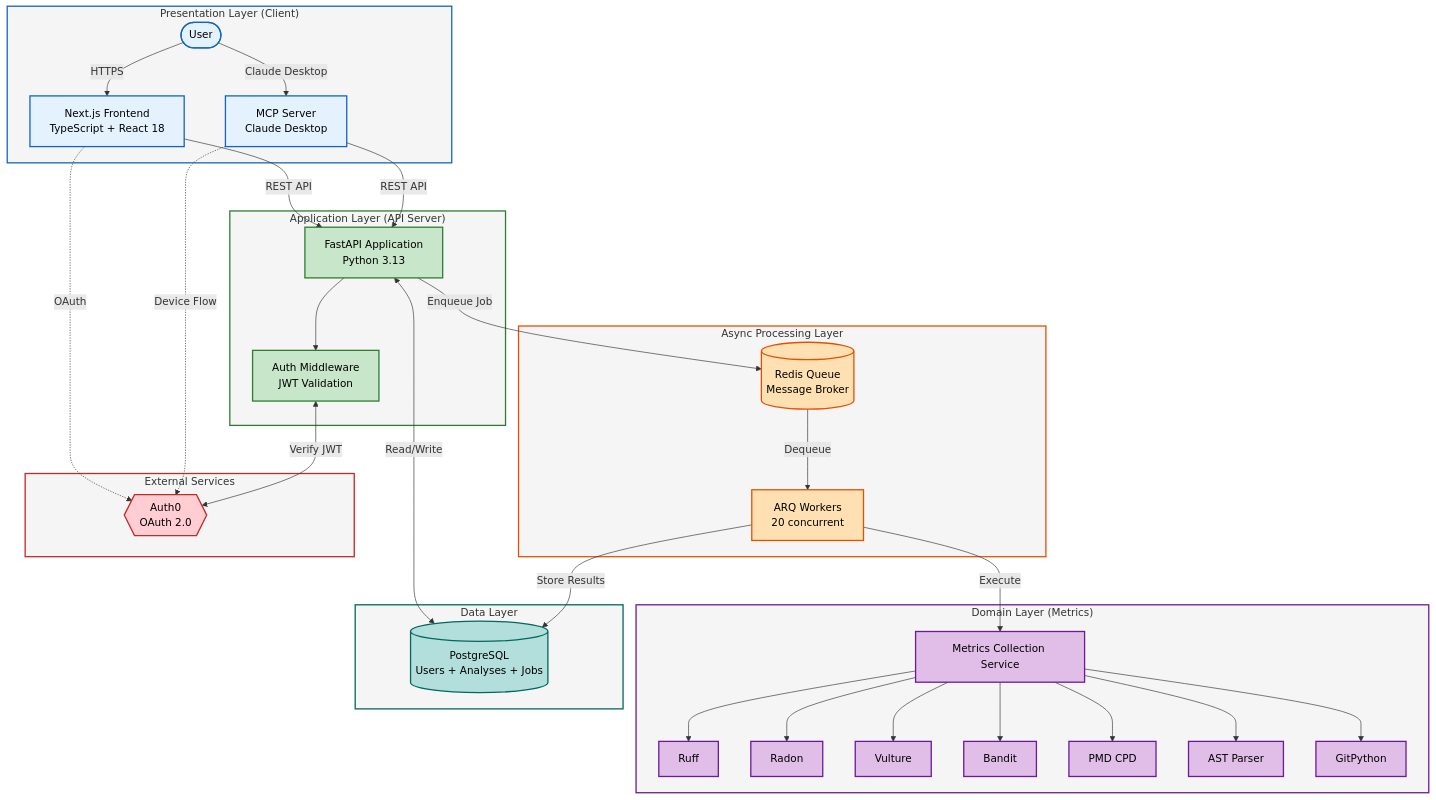
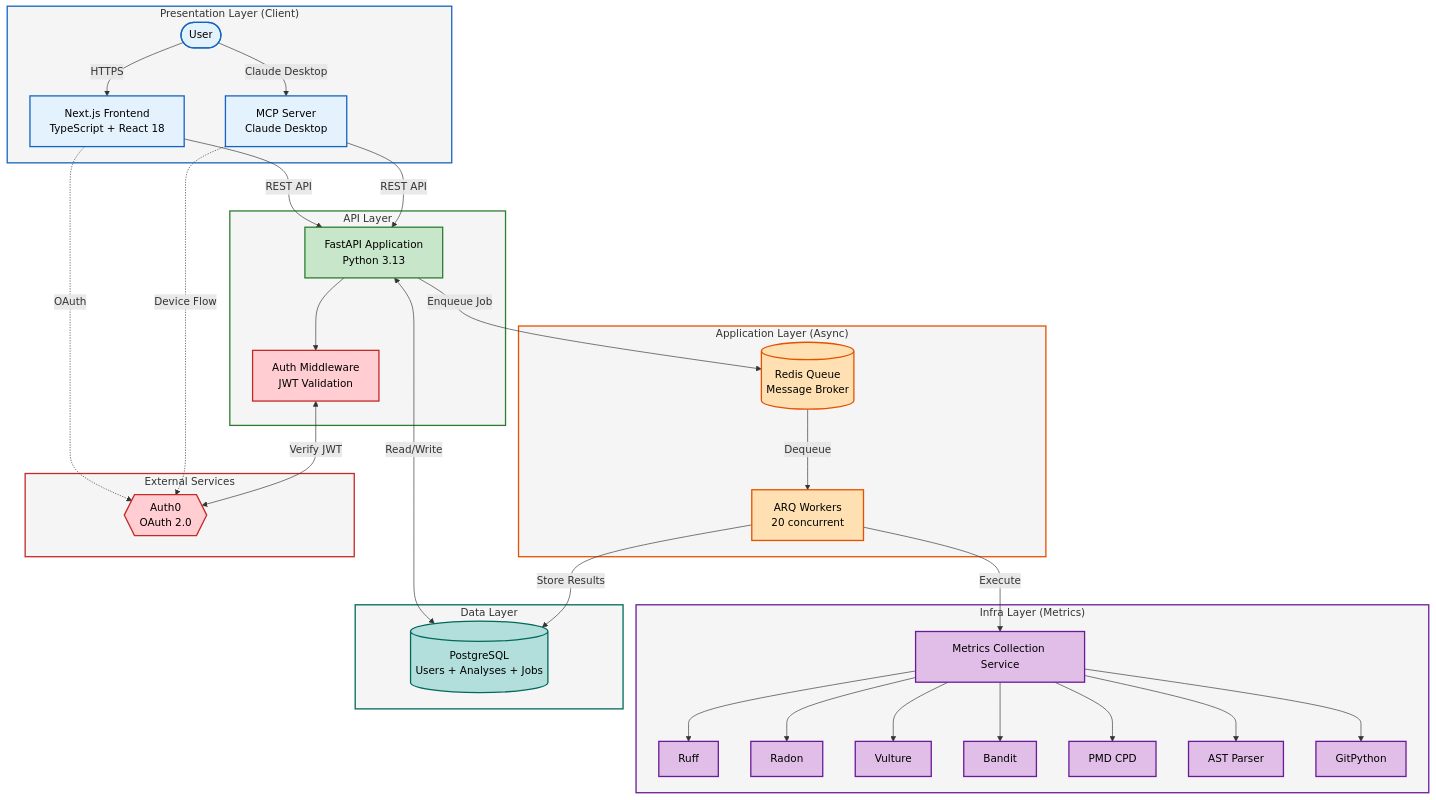
The first of 12 diagrams in diagrams.md (evanalulu/vibe8-docs), drawn with Mermaid before and after one commit. The commit also changed other lines of this file, not shown here.

First line of the commit message:
Update diagram colors and layouts for visual consistency

````diff
--- a/diagrams.md
+++ b/diagrams.md
@@ -10,17 +10,17 @@
         mcp[MCP Server<br/>Claude Desktop]
     end
 
-    subgraph application["Application Layer (API Server)"]
+    subgraph application["API Layer"]
         api[FastAPI Application<br/>Python 3.13]
         auth[Auth Middleware<br/>JWT Validation]
     end
 
-    subgraph async["Async Processing Layer"]
+    subgraph async["Application Layer (Async)"]
         queue[(Redis Queue<br/>Message Broker)]
         worker[ARQ Workers<br/>20 concurrent]
     end
 
-    subgraph domain["Domain Layer (Metrics)"]
+    subgraph infra["Infra Layer (Metrics)"]
         collectors[Metrics Collection Service]
         ruff[Ruff]
         radon[Radon]
@@ -68,17 +68,18 @@
     classDef appStyle fill:#C8E6C9,stroke:#2E7D32,stroke-width:2px,color:#000
     %% Orange: Async/Queue Processing
     classDef queueStyle fill:#FFE0B2,stroke:#E65100,stroke-width:2px,color:#000
-    %% Purple: Domain/Core Logic
-    classDef domainStyle fill:#E1BEE7,stroke:#6A1B9A,stroke-width:2px,color:#000
+    %% Purple: Infrastructure/Metrics
+    classDef infraStyle fill:#E1BEE7,stroke:#6A1B9A,stroke-width:2px,color:#000
     %% Teal: Data/Persistence
     classDef dataStyle fill:#B2DFDB,stroke:#00695C,stroke-width:2px,color:#000
     %% Red: External Dependencies
     classDef externalStyle fill:#FFCDD2,stroke:#C62828,stroke-width:2px,color:#000
 
     class user,frontend,mcp clientStyle
-    class api,auth appStyle
+    class api appStyle
+    class auth externalStyle
     class queue,worker queueStyle
-    class collectors,ruff,radon,vulture,bandit,pmd,ast,git domainStyle
+    class collectors,ruff,radon,vulture,bandit,pmd,ast,git infraStyle
     class db dataStyle
     class auth0 externalStyle
 
@@ -86,7 +87,7 @@
     style presentation fill:#F5F5F5,stroke:#1565C0,stroke-width:2px
     style application fill:#F5F5F5,stroke:#2E7D32,stroke-width:2px
     style async fill:#F5F5F5,stroke:#E65100,stroke-width:2px
-    style domain fill:#F5F5F5,stroke:#6A1B9A,stroke-width:2px
+    style infra fill:#F5F5F5,stroke:#6A1B9A,stroke-width:2px
     style persistence fill:#F5F5F5,stroke:#00695C,stroke-width:2px
     style external fill:#F5F5F5,stroke:#C62828,stroke-width:2px
 ```
````
